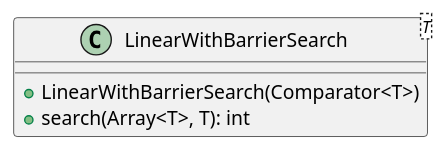
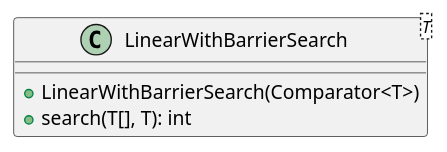
The diagram in malokhvii-eduard/malokhvii05/doc/plantuml/ua/khpi/oop/malokhvii05/common/algorithms/search/LinearWithBarrierSearch.puml (P-Kalin/kit26a), drawn with PlantUML before and after one commit. The commit also changed 85 other files, not shown here.

Commit message:
#3 malokhvii05: update graphs

```diff
--- a/malokhvii-eduard/malokhvii05/doc/plantuml/ua/khpi/oop/malokhvii05/common/algorithms/search/LinearWithBarrierSearch.puml
+++ b/malokhvii-eduard/malokhvii05/doc/plantuml/ua/khpi/oop/malokhvii05/common/algorithms/search/LinearWithBarrierSearch.puml
@@ -1,8 +1,8 @@
 @startuml
 
     class LinearWithBarrierSearch<T> {
         +LinearWithBarrierSearch(Comparator<T>)
-        +search(Array<T>, T): int
+        +search(T[], T): int
     }
 
 @enduml
```
